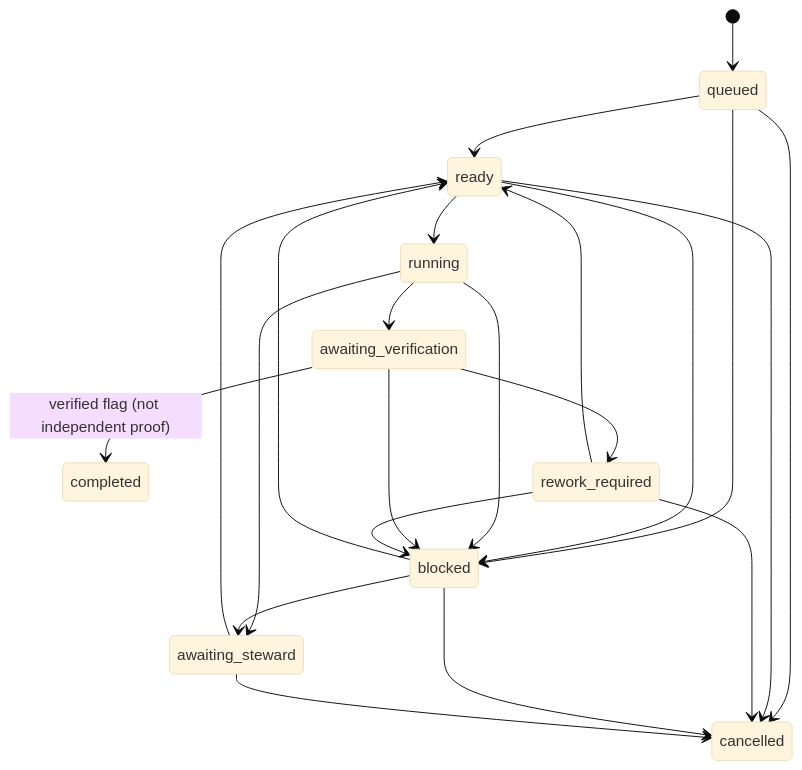
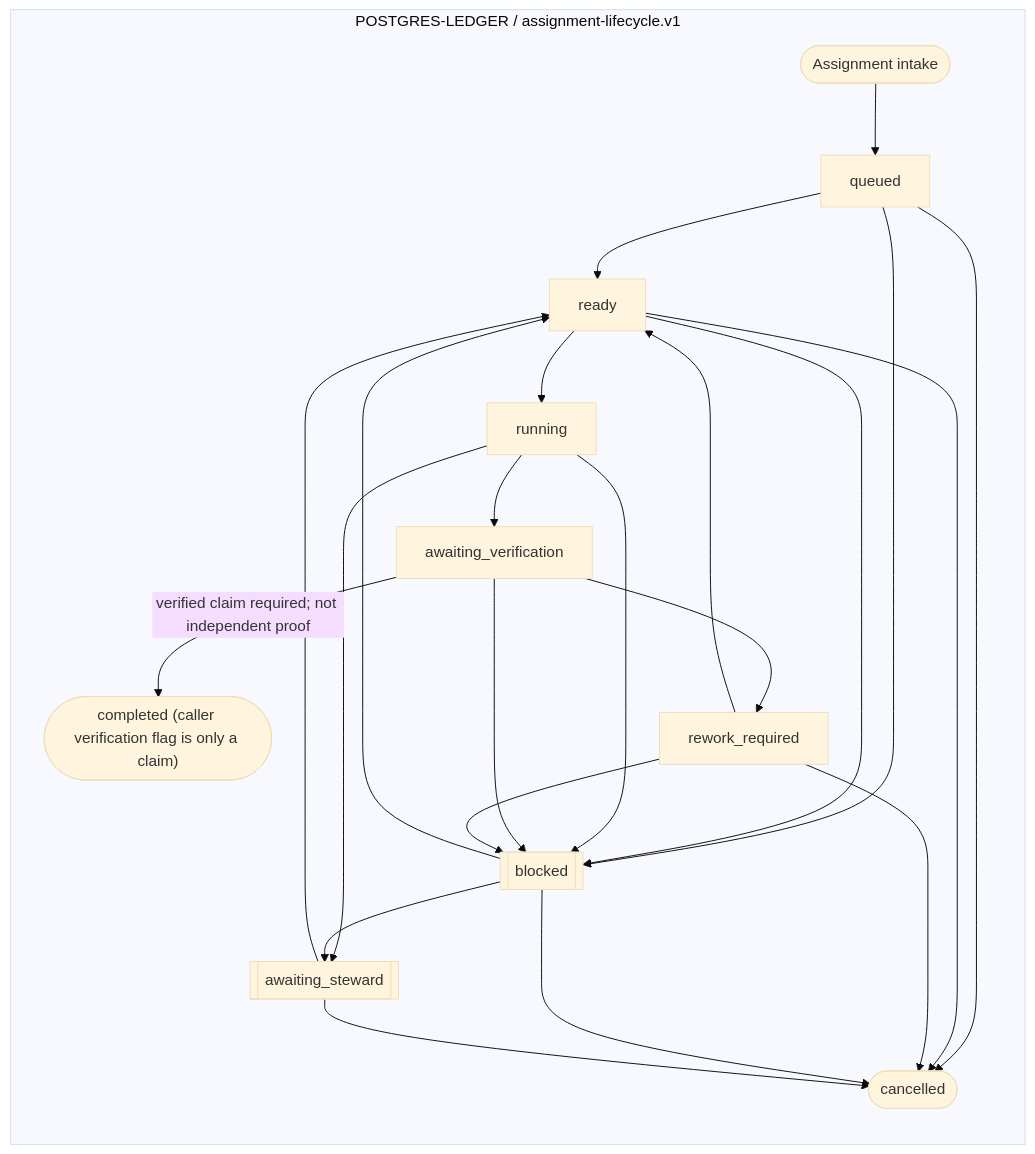
Before and after one commit to ppow1/Riverview-: the second of 2 diagrams in docs/components/POSTGRES_LEDGER_FLOW.md, drawn with Mermaid (base theme). The commit also changed other lines of this file and 92 other files, not shown here.

Commit message:
feat: establish process graph and begin M1.3 processor

````diff
--- a/docs/components/POSTGRES_LEDGER_FLOW.md
+++ b/docs/components/POSTGRES_LEDGER_FLOW.md
@@ -40,24 +78,37 @@
 ```mermaid
-stateDiagram-v2
- [*] --> queued
- queued --> ready
- queued --> blocked
- queued --> cancelled
- ready --> running
- ready --> blocked
- ready --> cancelled
- running --> awaiting_verification
- running --> blocked
- running --> awaiting_steward
- awaiting_verification --> completed: verified flag (not independent proof)
- awaiting_verification --> rework_required
- awaiting_verification --> blocked
- rework_required --> ready
- rework_required --> blocked
- rework_required --> cancelled
- blocked --> ready
- blocked --> cancelled
- blocked --> awaiting_steward
- awaiting_steward --> ready
- awaiting_steward --> cancelled
+flowchart LR
+  subgraph g_rv_postgres_ledger_assignment_lifecycle["POSTGRES-LEDGER / assignment-lifecycle.v1"]
+    g_rv_postgres_ledger_assignment_lifecycle_intake_c1d0abf1(["Assignment intake"])
+    g_rv_postgres_ledger_assignment_lifecycle_queued_76a5fc02["queued"]
+    g_rv_postgres_ledger_assignment_lifecycle_ready_acdb1cd3["ready"]
+    g_rv_postgres_ledger_assignment_lifecycle_running_f1fef545["running"]
+    g_rv_postgres_ledger_assignment_lifecycle_awaiting_verification_e3cbd8a1["awaiting_verification"]
+    g_rv_postgres_ledger_assignment_lifecycle_rework_a5e9f864["rework_required"]
+    g_rv_postgres_ledger_assignment_lifecycle_blocked_aab5861d[["blocked"]]
+    g_rv_postgres_ledger_assignment_lifecycle_awaiting_steward_96976db9[["awaiting_steward"]]
+    g_rv_postgres_ledger_assignment_lifecycle_completed_ce6019ed(["completed (caller verification flag is only a claim)"])
+    g_rv_postgres_ledger_assignment_lifecycle_cancelled_d91a0270(["cancelled"])
+  end
+  g_rv_postgres_ledger_assignment_lifecycle_intake_c1d0abf1 --> g_rv_postgres_ledger_assignment_lifecycle_queued_76a5fc02
+  g_rv_postgres_ledger_assignment_lifecycle_queued_76a5fc02 --> g_rv_postgres_ledger_assignment_lifecycle_ready_acdb1cd3
+  g_rv_postgres_ledger_assignment_lifecycle_queued_76a5fc02 --> g_rv_postgres_ledger_assignment_lifecycle_blocked_aab5861d
+  g_rv_postgres_ledger_assignment_lifecycle_queued_76a5fc02 --> g_rv_postgres_ledger_assignment_lifecycle_cancelled_d91a0270
+  g_rv_postgres_ledger_assignment_lifecycle_ready_acdb1cd3 --> g_rv_postgres_ledger_assignment_lifecycle_running_f1fef545
+  g_rv_postgres_ledger_assignment_lifecycle_ready_acdb1cd3 --> g_rv_postgres_ledger_assignment_lifecycle_blocked_aab5861d
+  g_rv_postgres_ledger_assignment_lifecycle_ready_acdb1cd3 --> g_rv_postgres_ledger_assignment_lifecycle_cancelled_d91a0270
+  g_rv_postgres_ledger_assignment_lifecycle_running_f1fef545 --> g_rv_postgres_ledger_assignment_lifecycle_awaiting_verification_e3cbd8a1
+  g_rv_postgres_ledger_assignment_lifecycle_running_f1fef545 --> g_rv_postgres_ledger_assignment_lifecycle_blocked_aab5861d
+  g_rv_postgres_ledger_assignment_lifecycle_running_f1fef545 --> g_rv_postgres_ledger_assignment_lifecycle_awaiting_steward_96976db9
+  g_rv_postgres_ledger_assignment_lifecycle_awaiting_verification_e3cbd8a1 -->|verified claim required; not independent proof| g_rv_postgres_ledger_assignment_lifecycle_completed_ce6019ed
+  g_rv_postgres_ledger_assignment_lifecycle_awaiting_verification_e3cbd8a1 --> g_rv_postgres_ledger_assignment_lifecycle_rework_a5e9f864
+  g_rv_postgres_ledger_assignment_lifecycle_awaiting_verification_e3cbd8a1 --> g_rv_postgres_ledger_assignment_lifecycle_blocked_aab5861d
+  g_rv_postgres_ledger_assignment_lifecycle_rework_a5e9f864 --> g_rv_postgres_ledger_assignment_lifecycle_ready_acdb1cd3
+  g_rv_postgres_ledger_assignment_lifecycle_rework_a5e9f864 --> g_rv_postgres_ledger_assignment_lifecycle_blocked_aab5861d
+  g_rv_postgres_ledger_assignment_lifecycle_rework_a5e9f864 --> g_rv_postgres_ledger_assignment_lifecycle_cancelled_d91a0270
+  g_rv_postgres_ledger_assignment_lifecycle_blocked_aab5861d --> g_rv_postgres_ledger_assignment_lifecycle_ready_acdb1cd3
+  g_rv_postgres_ledger_assignment_lifecycle_blocked_aab5861d --> g_rv_postgres_ledger_assignment_lifecycle_cancelled_d91a0270
+  g_rv_postgres_ledger_assignment_lifecycle_blocked_aab5861d --> g_rv_postgres_ledger_assignment_lifecycle_awaiting_steward_96976db9
+  g_rv_postgres_ledger_assignment_lifecycle_awaiting_steward_96976db9 --> g_rv_postgres_ledger_assignment_lifecycle_ready_acdb1cd3
+  g_rv_postgres_ledger_assignment_lifecycle_awaiting_steward_96976db9 --> g_rv_postgres_ledger_assignment_lifecycle_cancelled_d91a0270
+  classDef failure fill:#fee,stroke:#b00,stroke-width:2px
 ```
````
